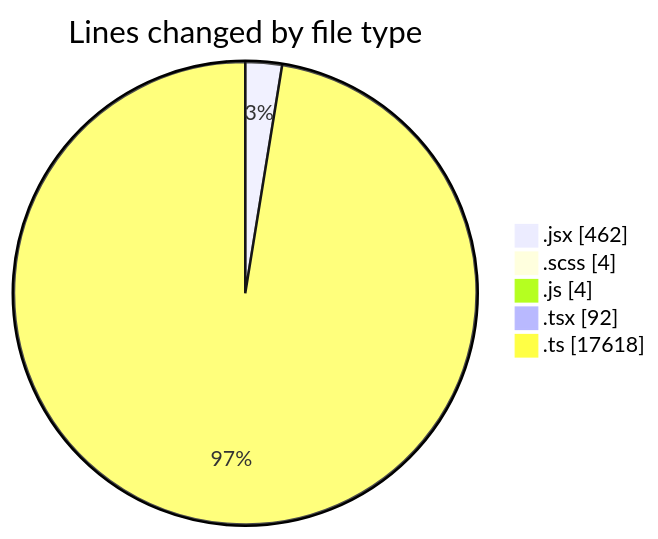
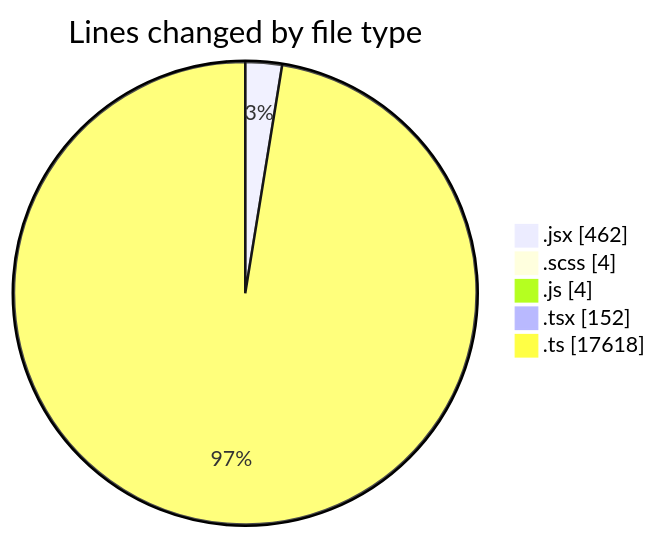
The first of 2 diagrams in 2025-06-04/cda/README.md (momahboobian/code-tracking), drawn with Mermaid before and after one commit. The commit also changed other lines of this file and 1 other file, not shown here.

````diff
--- a/2025-06-04/cda/README.md
+++ b/2025-06-04/cda/README.md
@@ -25,9 +25,9 @@
 ```mermaid
 pie showData
 title Lines changed by file type
 ".jsx" : 462
 ".scss" : 4
 ".js" : 4
-".tsx" : 92
+".tsx" : 152
 ".ts" : 17618
 ```
````
